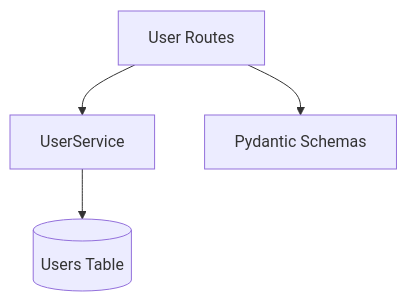
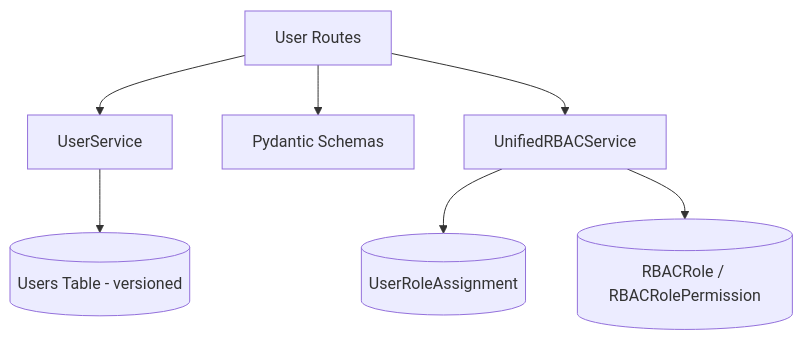
One commit to ogghst/backcast changed the diagram in docs/02-architecture/backend/contexts/user-management/architecture.md. Above: the diagram before and after it, drawn with Mermaid. The commit also changed other lines of this file and 29 other files, not shown here.

First line of the commit message:
docs: sync stale architecture docs with current code

````diff
--- a/docs/02-architecture/backend/contexts/user-management/architecture.md
+++ b/docs/02-architecture/backend/contexts/user-management/architecture.md
@@ -18,6 +18,9 @@
 ```mermaid
 graph TB
     A[User Routes] --> B[UserService]
-    B --> C[(Users Table)]
+    B --> C[(Users Table - versioned)]
     A --> D[Pydantic Schemas]
+    A --> E[UnifiedRBACService]
+    E --> F[(UserRoleAssignment)]
+    E --> G[(RBACRole / RBACRolePermission)]
 ```
````
